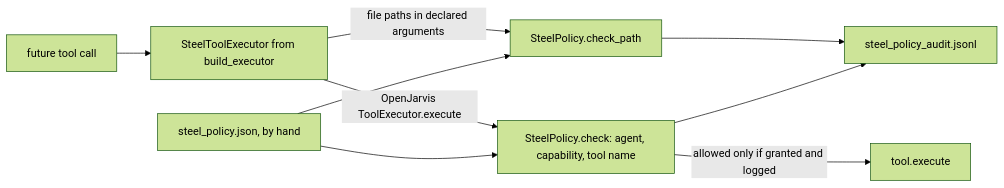
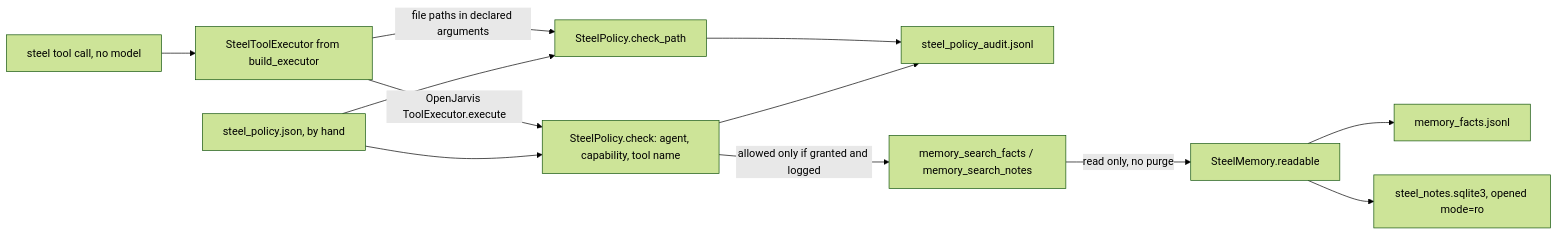
One commit to DKAA04/Steel changed the second of 2 diagrams in ARCHITECTURE.md. Above: the diagram before and after it, drawn with Mermaid (forest theme). The commit also changed other lines of this file and 6 other files, not shown here.

````diff
--- a/ARCHITECTURE.md
+++ b/ARCHITECTURE.md
@@ -41,11 +41,14 @@
 ```mermaid
 flowchart LR
-    T[future tool call] --> E[SteelToolExecutor from build_executor]
+    T[steel tool call, no model] --> E[SteelToolExecutor from build_executor]
     E -->|file paths in declared arguments| P[SteelPolicy.check_path]
     E -->|OpenJarvis ToolExecutor.execute| C[SteelPolicy.check: agent, capability, tool name]
     P --> L[steel_policy_audit.jsonl]
     C --> L
     G[steel_policy.json, by hand] --> P
     G --> C
-    C -->|allowed only if granted and logged| X[tool.execute]
+    C -->|allowed only if granted and logged| X[memory_search_facts / memory_search_notes]
+    X -->|read only, no purge| R[SteelMemory.readable]
+    R --> J2[memory_facts.jsonl]
+    R --> N2[steel_notes.sqlite3, opened mode=ro]
 ```
````
